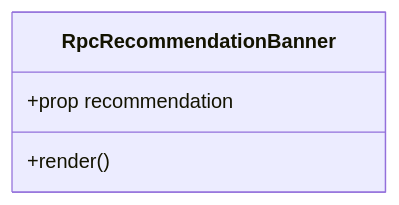
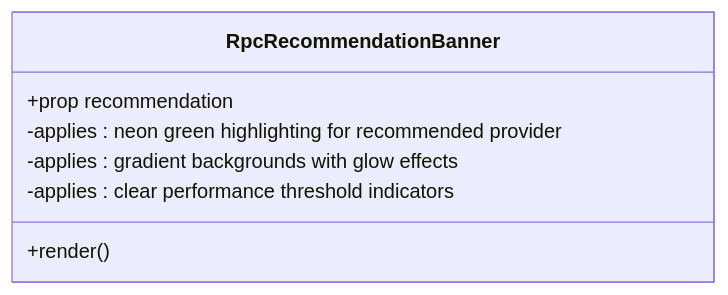
Diagram 15 of 19 in .qoder/repowiki/en/content/Frontend Architecture/Component Architecture.md (RunTimeAdmin/InfraWatch), drawn with Mermaid before and after one commit. The commit also changed other lines of this file and 12 other files, not shown here.

````diff
--- a/.qoder/repowiki/en/content/Frontend Architecture/Component Architecture.md
+++ b/.qoder/repowiki/en/content/Frontend Architecture/Component Architecture.md
@@ -471,7 +518,10 @@
 ```mermaid
 classDiagram
 class RpcRecommendationBanner {
 +prop recommendation
 +render()
+-applies : neon green highlighting for recommended provider
+-applies : gradient backgrounds with glow effects
+-applies : clear performance threshold indicators
 }
 ```
````
